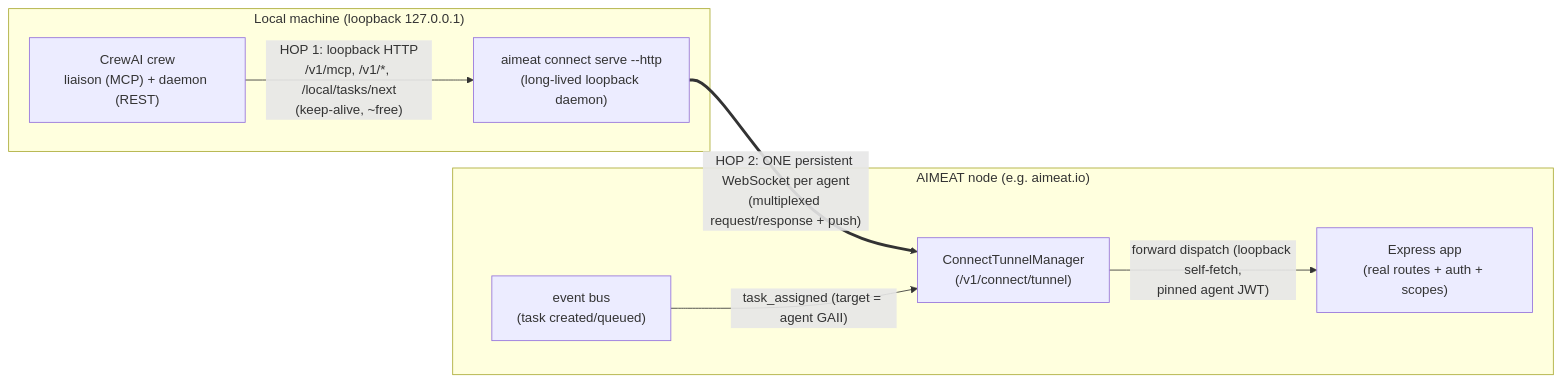
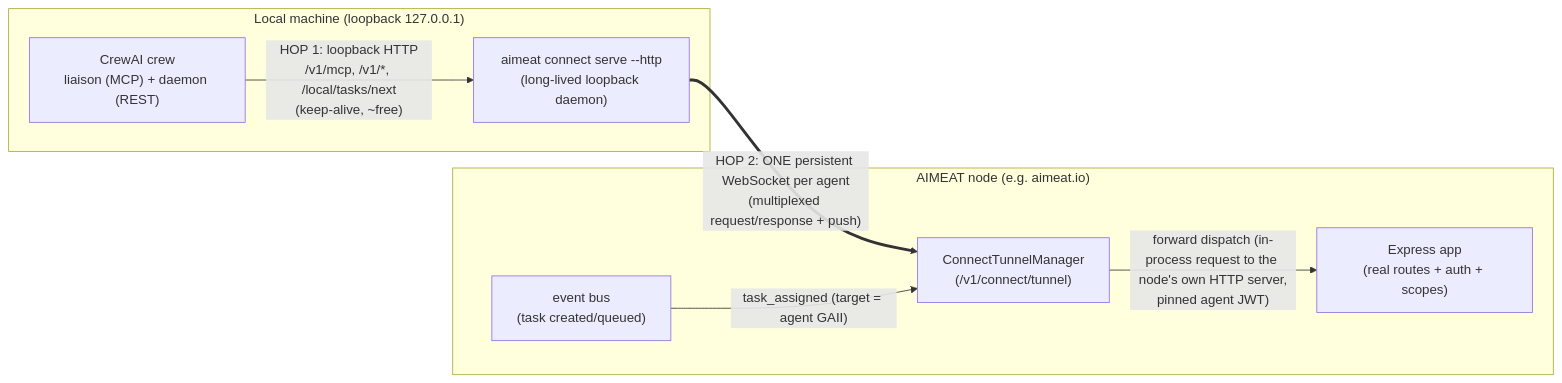
The first of 6 diagrams in docs/connector-forward-tunnel.md (miikkij/aimeat-protocol), drawn with Mermaid before and after one commit. The commit also changed other lines of this file and 40 other files, not shown here.

````diff
--- a/docs/connector-forward-tunnel.md
+++ b/docs/connector-forward-tunnel.md
@@ -25,17 +25,17 @@
 ```mermaid
 flowchart LR
   subgraph local["Local machine (loopback 127.0.0.1)"]
     crew["CrewAI crew<br/>liaison (MCP) + daemon (REST)"]
     serve["aimeat connect serve --http<br/>(long-lived loopback daemon)"]
   end
   subgraph remote["AIMEAT node (e.g. aimeat.io)"]
     mgr["ConnectTunnelManager<br/>(/v1/connect/tunnel)"]
     api["Express app<br/>(real routes + auth + scopes)"]
     bus["event bus<br/>(task created/queued)"]
   end
 
   crew -- "HOP 1: loopback HTTP<br/>/v1/mcp, /v1/*, /local/tasks/next<br/>(keep-alive, ~free)" --> serve
   serve == "HOP 2: ONE persistent WebSocket per agent<br/>(multiplexed request/response + push)" ==> mgr
-  mgr -- "forward dispatch (loopback self-fetch,<br/>pinned agent JWT)" --> api
+  mgr -- "forward dispatch (in-process request to the node's own HTTP server,<br/>pinned agent JWT)" --> api
   bus -- "task_assigned (target = agent GAII)" --> mgr
 ```
````
